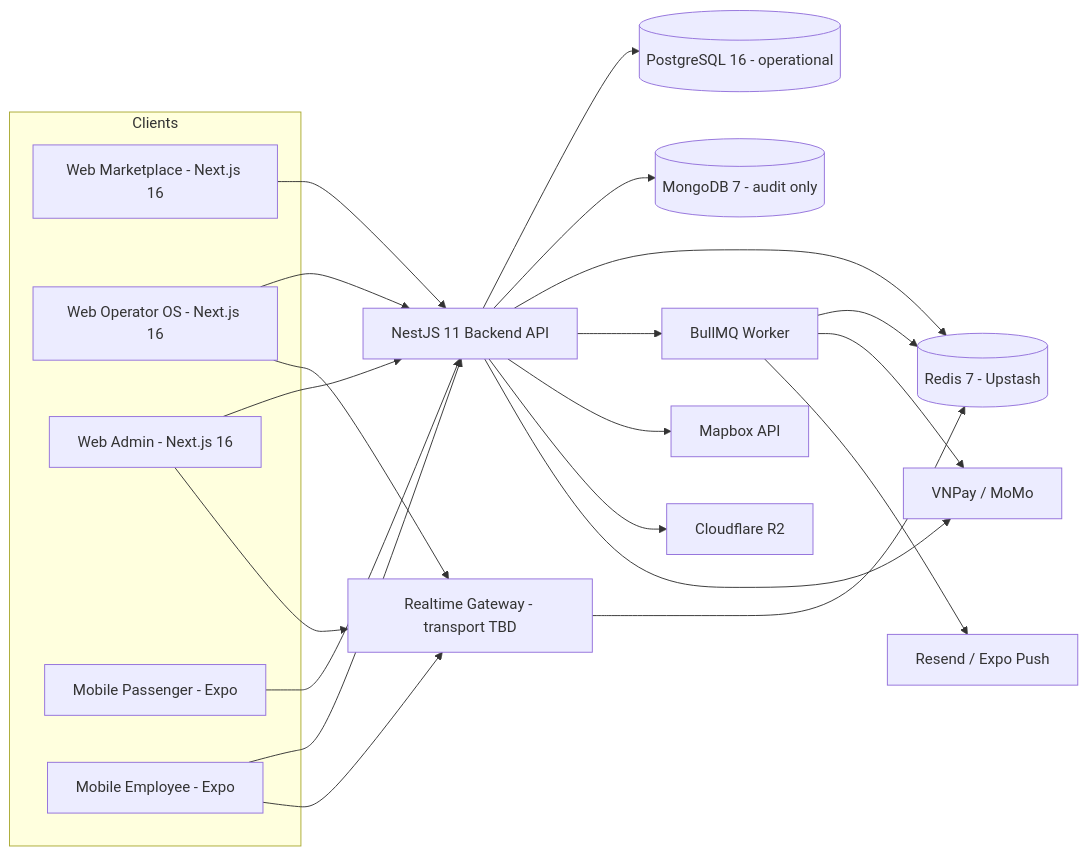
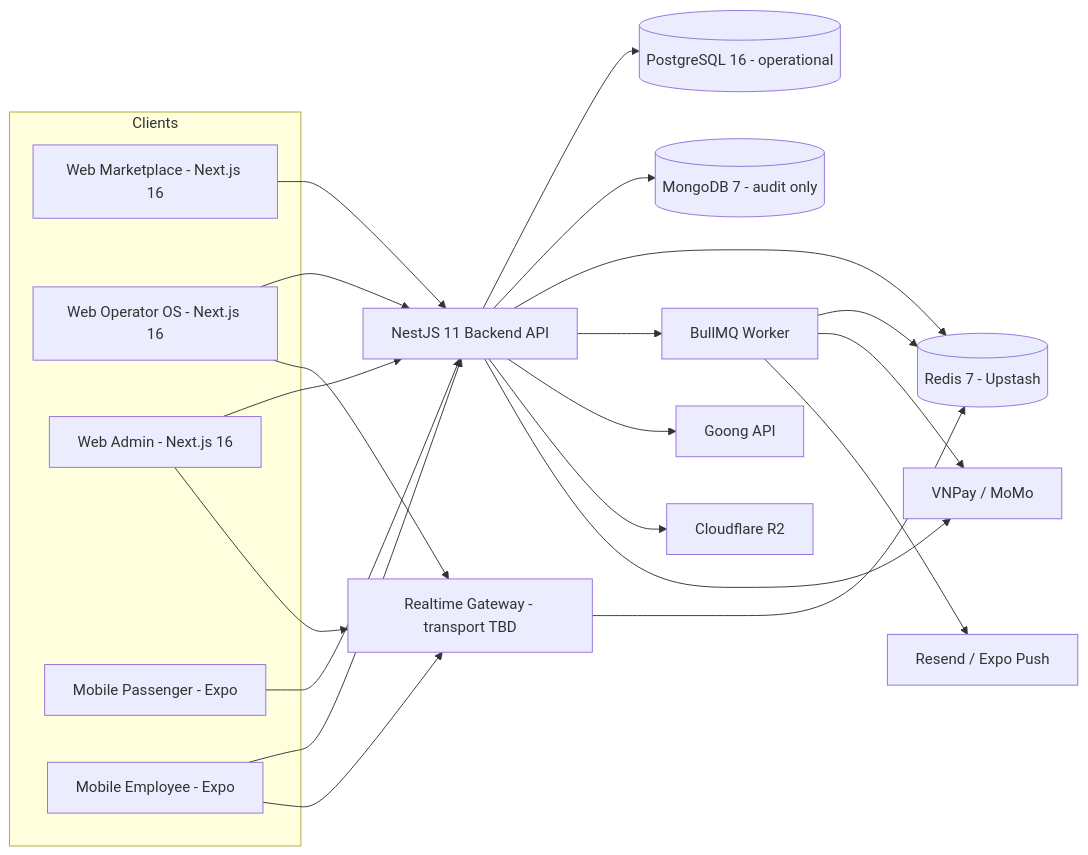
One commit to nhkyn0410/Marketplace-Ve-Xe-Nhanh changed the first of 4 diagrams in doc/SDLC/02-hld-he-thong-dat-ve-xe-khach.md. Above: the diagram before and after it, drawn with Mermaid. The commit also changed other lines of this file and 77 other files, not shown here.

````diff
--- a/doc/SDLC/02-hld-he-thong-dat-ve-xe-khach.md
+++ b/doc/SDLC/02-hld-he-thong-dat-ve-xe-khach.md
@@ -124,44 +124,44 @@
 ```mermaid
 flowchart LR
     subgraph Clients
       Marketplace[Web Marketplace - Next.js 16]
       OperatorOS[Web Operator OS - Next.js 16]
       Admin[Web Admin - Next.js 16]
       PassengerApp[Mobile Passenger - Expo]
       EmployeeApp[Mobile Employee - Expo]
     end
 
     Api[NestJS 11 Backend API]
     Realtime[Realtime Gateway - transport TBD]
     Queue[BullMQ Worker]
 
     Postgres[(PostgreSQL 16 - operational)]
     MongoAudit[(MongoDB 7 - audit only)]
     Redis[(Redis 7 - Upstash)]
 
-    Routing[Mapbox API]
+    Routing[Goong API]
     Payment[VNPay / MoMo]
     Notify[Resend / Expo Push]
     Storage[Cloudflare R2]
 
     Marketplace --> Api
     OperatorOS --> Api
     Admin --> Api
     PassengerApp --> Api
     EmployeeApp --> Api
     EmployeeApp --> Realtime
     OperatorOS --> Realtime
     Admin --> Realtime
 
     Api --> Postgres
     Api --> MongoAudit
     Api --> Redis
     Api --> Queue
     Queue --> Redis
     Queue --> Payment
     Queue --> Notify
     Api --> Routing
     Api --> Storage
     Api --> Payment
     Realtime --> Redis
 ```
````
